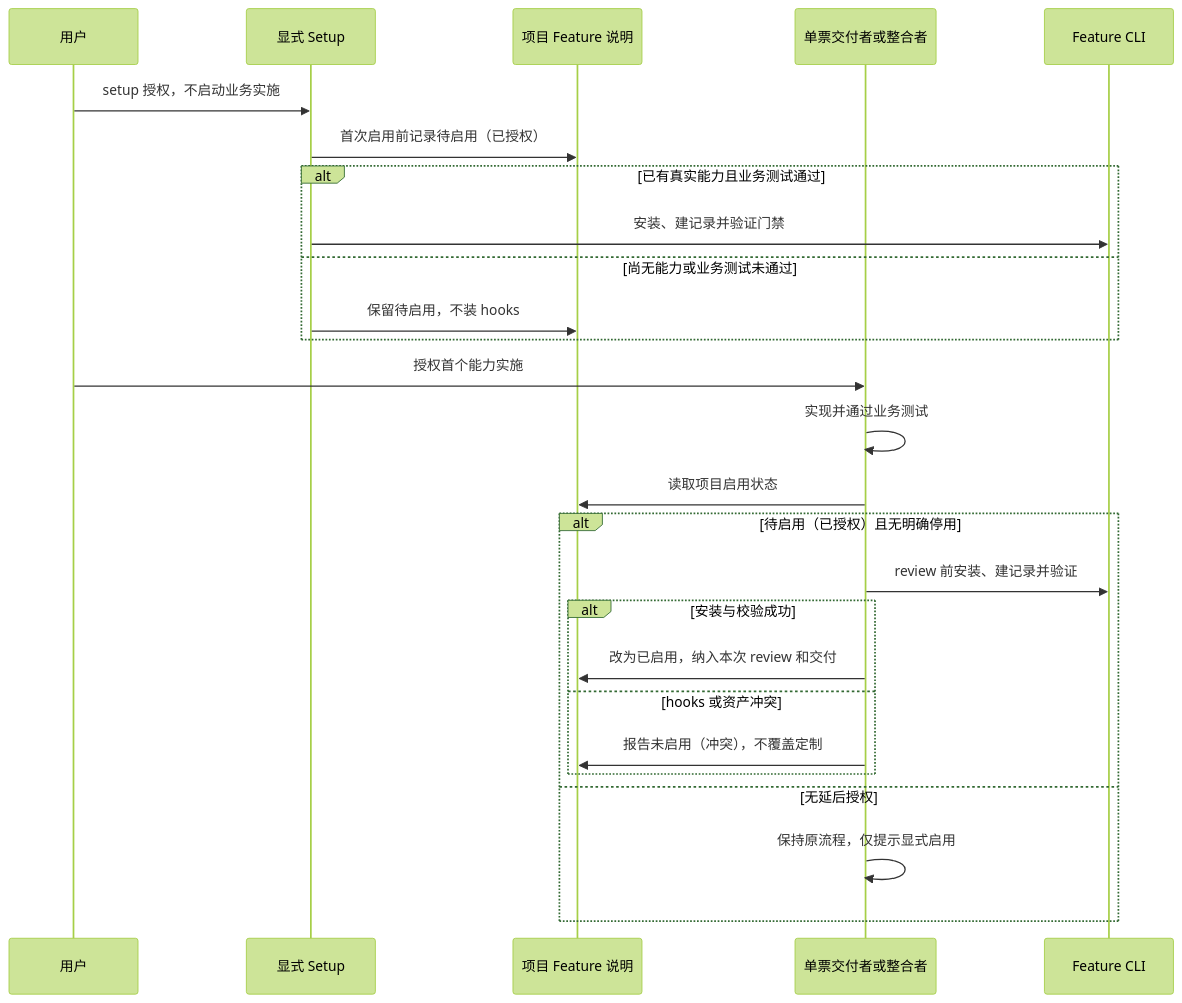
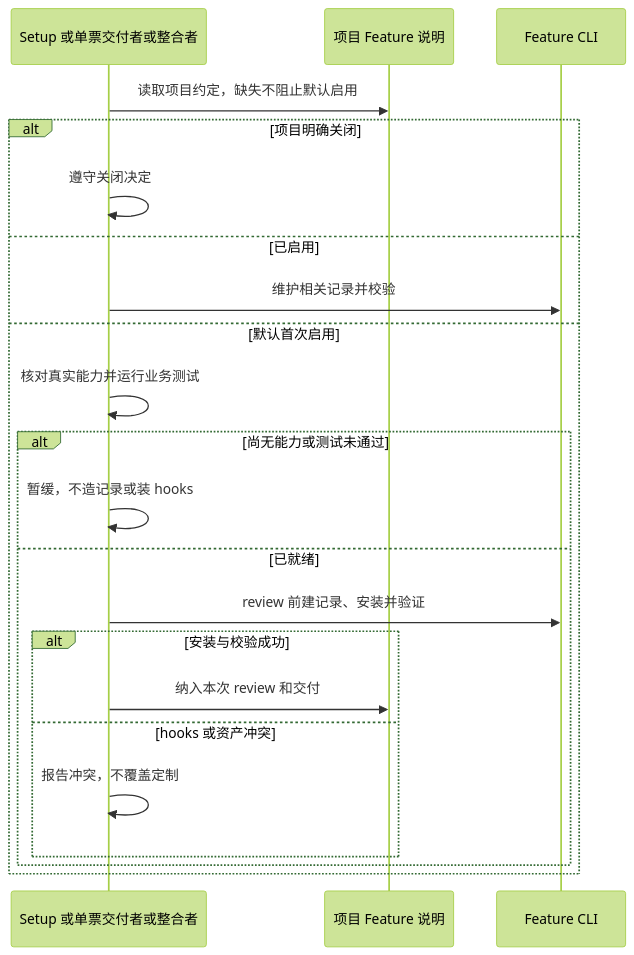
The third of 4 diagrams in docs/architecture/feature-records.md (liu-qingyuan/skills-sync-lqy), drawn with Mermaid (forest theme) before and after one commit. The commit also changed other lines of this file and 16 other files, not shown here.

````diff
--- a/docs/architecture/feature-records.md
+++ b/docs/architecture/feature-records.md
@@ -32,28 +32,24 @@
 ```mermaid
 sequenceDiagram
-  participant U as 用户
-  participant S as 显式 Setup
+  participant I as Setup 或单票交付者或整合者
   participant D as 项目 Feature 说明
-  participant I as 单票交付者或整合者
   participant CLI as Feature CLI
-  U->>S: setup 授权，不启动业务实施
-  S->>D: 首次启用前记录待启用（已授权）
-  alt 已有真实能力且业务测试通过
-    S->>CLI: 安装、建记录并验证门禁
-  else 尚无能力或业务测试未通过
-    S->>D: 保留待启用，不装 hooks
-  end
-  U->>I: 授权首个能力实施
-  I->>I: 实现并通过业务测试
-  I->>D: 读取项目启用状态
-  alt 待启用（已授权）且无明确停用
-    I->>CLI: review 前安装、建记录并验证
-    alt 安装与校验成功
-      I->>D: 改为已启用，纳入本次 review 和交付
-    else hooks 或资产冲突
-      I->>D: 报告未启用（冲突），不覆盖定制
+  I->>D: 读取项目约定，缺失不阻止默认启用
+  alt 项目明确关闭
+    I->>I: 遵守关闭决定
+  else 已启用
+    I->>CLI: 维护相关记录并校验
+  else 默认首次启用
+    I->>I: 核对真实能力并运行业务测试
+    alt 尚无能力或测试未通过
+      I->>I: 暂缓，不造记录或装 hooks
+    else 已就绪
+      I->>CLI: review 前建记录、安装并验证
+      alt 安装与校验成功
+        I->>D: 纳入本次 review 和交付
+      else hooks 或资产冲突
+        I->>I: 报告冲突，不覆盖定制
+      end
     end
-  else 无延后授权
-    I->>I: 保持原流程，仅提示显式启用
   end
 ```
````
